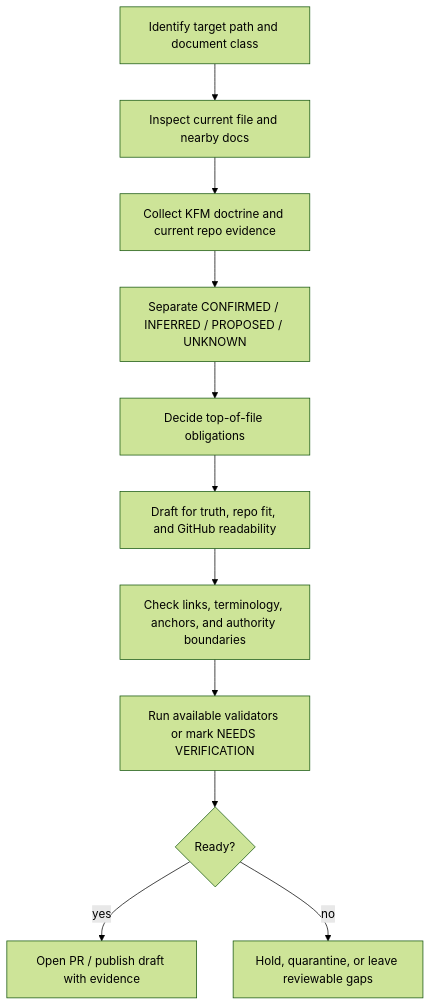
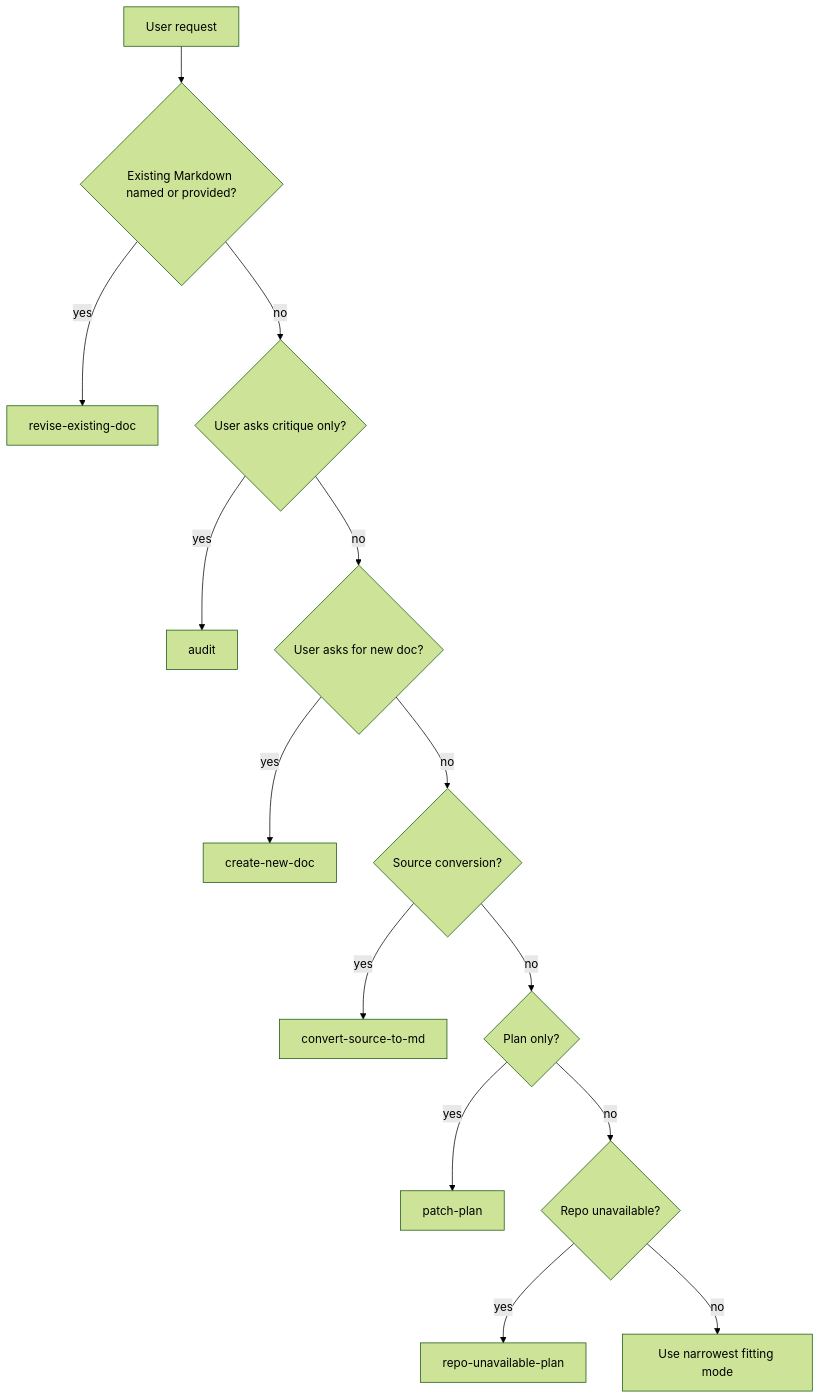
The diagram in docs/standards/KFM_MARKDOWN_WORK_PROTOCOL.md (bartytime4life/Kansas-Frontier-Matrix), drawn with Mermaid (forest theme) before and after one commit. The commit also changed other lines of this file, not shown here.

````diff
--- a/docs/standards/KFM_MARKDOWN_WORK_PROTOCOL.md
+++ b/docs/standards/KFM_MARKDOWN_WORK_PROTOCOL.md
@@ -386,13 +190,16 @@
 ```mermaid
 flowchart TD
-    A[Identify target path and document class] --> B[Inspect current file and nearby docs]
-    B --> C[Collect KFM doctrine and current repo evidence]
-    C --> D[Separate CONFIRMED / INFERRED / PROPOSED / UNKNOWN]
-    D --> E[Decide top-of-file obligations]
-    E --> F[Draft for truth, repo fit, and GitHub readability]
-    F --> G[Check links, terminology, anchors, and authority boundaries]
-    G --> H[Run available validators or mark NEEDS VERIFICATION]
-    H --> I{Ready?}
-    I -- yes --> J[Open PR / publish draft with evidence]
-    I -- no --> K[Hold, quarantine, or leave reviewable gaps]
+  A[User request] --> B{Existing Markdown named or provided?}
+  B -->|yes| C[revise-existing-doc]
+  B -->|no| D{User asks critique only?}
+  D -->|yes| E[audit]
+  D -->|no| F{User asks for new doc?}
+  F -->|yes| G[create-new-doc]
+  F -->|no| H{Source conversion?}
+  H -->|yes| I[convert-source-to-md]
+  H -->|no| J{Plan only?}
+  J -->|yes| K[patch-plan]
+  J -->|no| L{Repo unavailable?}
+  L -->|yes| M[repo-unavailable-plan]
+  L -->|no| N[Use narrowest fitting mode]
 ```
````
